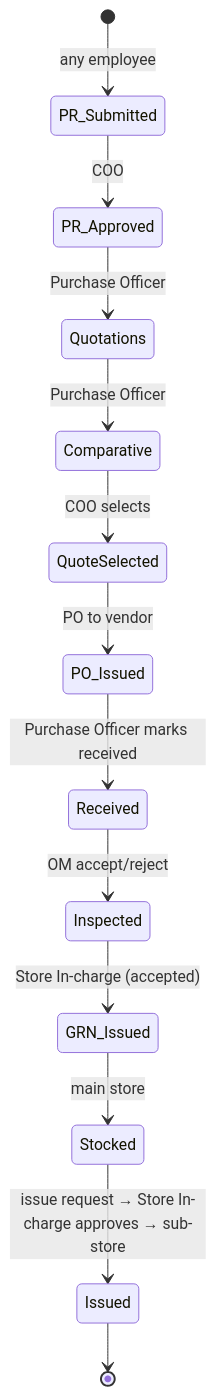
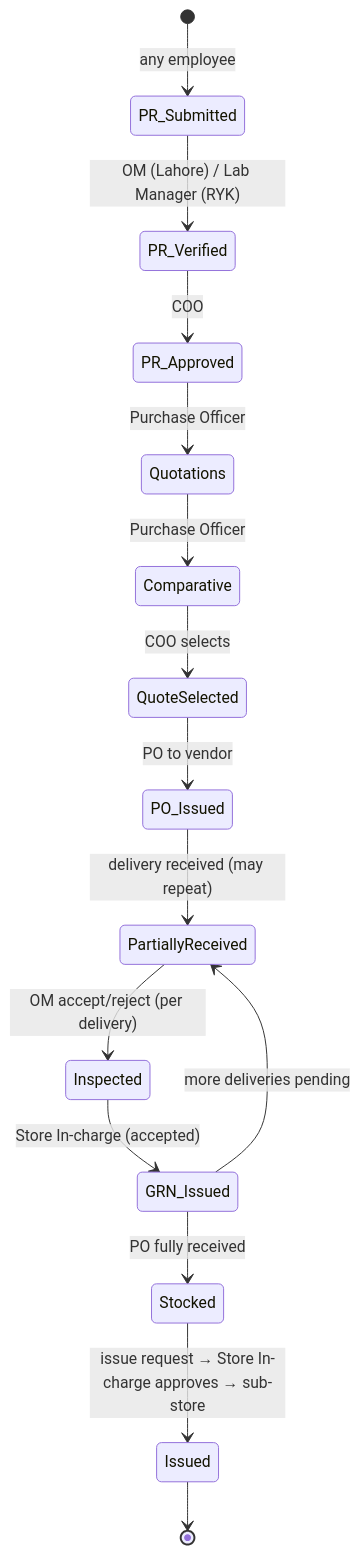
The third of 3 diagrams in docs/SSOT.md (Hawk8066/BECS-Analytics-LIMS), drawn with Mermaid before and after one commit. The commit also changed other lines of this file, not shown here.

````diff
--- a/docs/SSOT.md
+++ b/docs/SSOT.md
@@ -216,15 +225,17 @@
 ```mermaid
 stateDiagram-v2
     [*] --> PR_Submitted: any employee
-    PR_Submitted --> PR_Approved: COO
+    PR_Submitted --> PR_Verified: OM (Lahore) / Lab Manager (RYK)
+    PR_Verified --> PR_Approved: COO
     PR_Approved --> Quotations: Purchase Officer
     Quotations --> Comparative: Purchase Officer
     Comparative --> QuoteSelected: COO selects
     QuoteSelected --> PO_Issued: PO to vendor
-    PO_Issued --> Received: Purchase Officer marks received
-    Received --> Inspected: OM accept/reject
+    PO_Issued --> PartiallyReceived: delivery received (may repeat)
+    PartiallyReceived --> Inspected: OM accept/reject (per delivery)
     Inspected --> GRN_Issued: Store In-charge (accepted)
-    GRN_Issued --> Stocked: main store
+    GRN_Issued --> PartiallyReceived: more deliveries pending
+    GRN_Issued --> Stocked: PO fully received
     Stocked --> Issued: issue request → Store In-charge approves → sub-store
     Issued --> [*]
 ```
````
